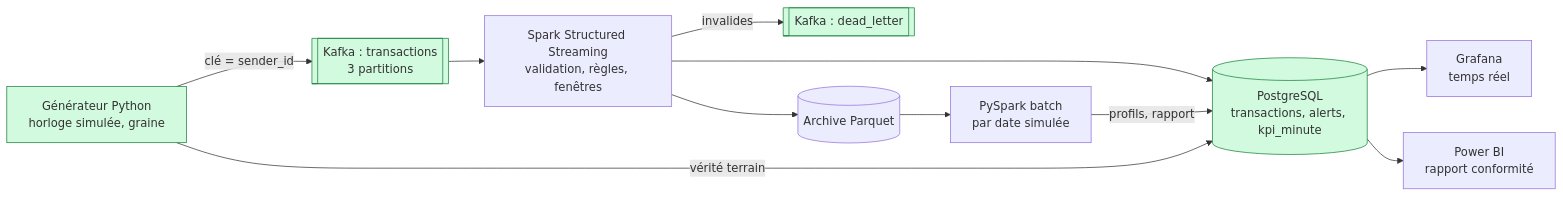
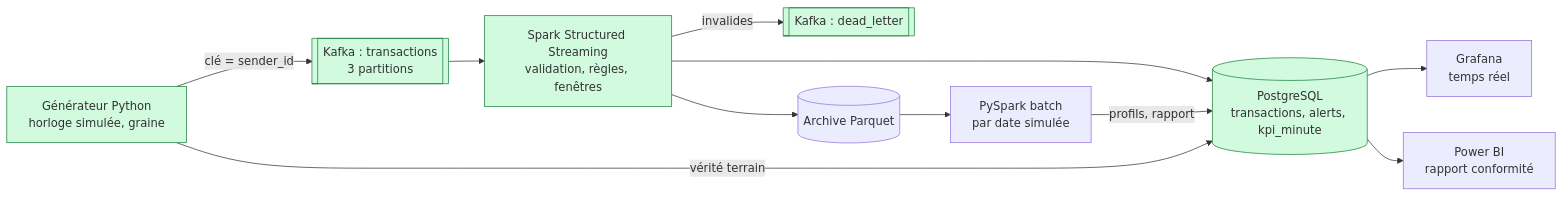
The diagram in README.md (NdeyePendaSarr/mobile-money-fraud-streaming), drawn with Mermaid before and after one commit. The commit also changed other lines of this file and 3 other files, not shown here.

````diff
--- a/README.md
+++ b/README.md
@@ -28,16 +28,16 @@
 ```mermaid
 flowchart LR
     gen["Générateur Python<br/>horloge simulée, graine"] -- "clé = sender_id" --> tx[["Kafka : transactions<br/>3 partitions"]]
     gen -- "vérité terrain" --> pg
     tx --> sss["Spark Structured Streaming<br/>validation, règles, fenêtres"]
     sss -- "invalides" --> dl[["Kafka : dead_letter"]]
     sss --> pg[("PostgreSQL<br/>transactions, alerts, kpi_minute")]
     sss --> pq[("Archive Parquet")]
     pg --> graf["Grafana<br/>temps réel"]
     pq --> batch["PySpark batch<br/>par date simulée"]
     batch -- "profils, rapport" --> pg
     pg --> pbi["Power BI<br/>rapport conformité"]
 
     classDef enplace fill:#d1fadf,stroke:#1b7f3b;
-    class gen,tx,dl,pg enplace;
+    class gen,tx,dl,pg,sss enplace;
 ```
````
